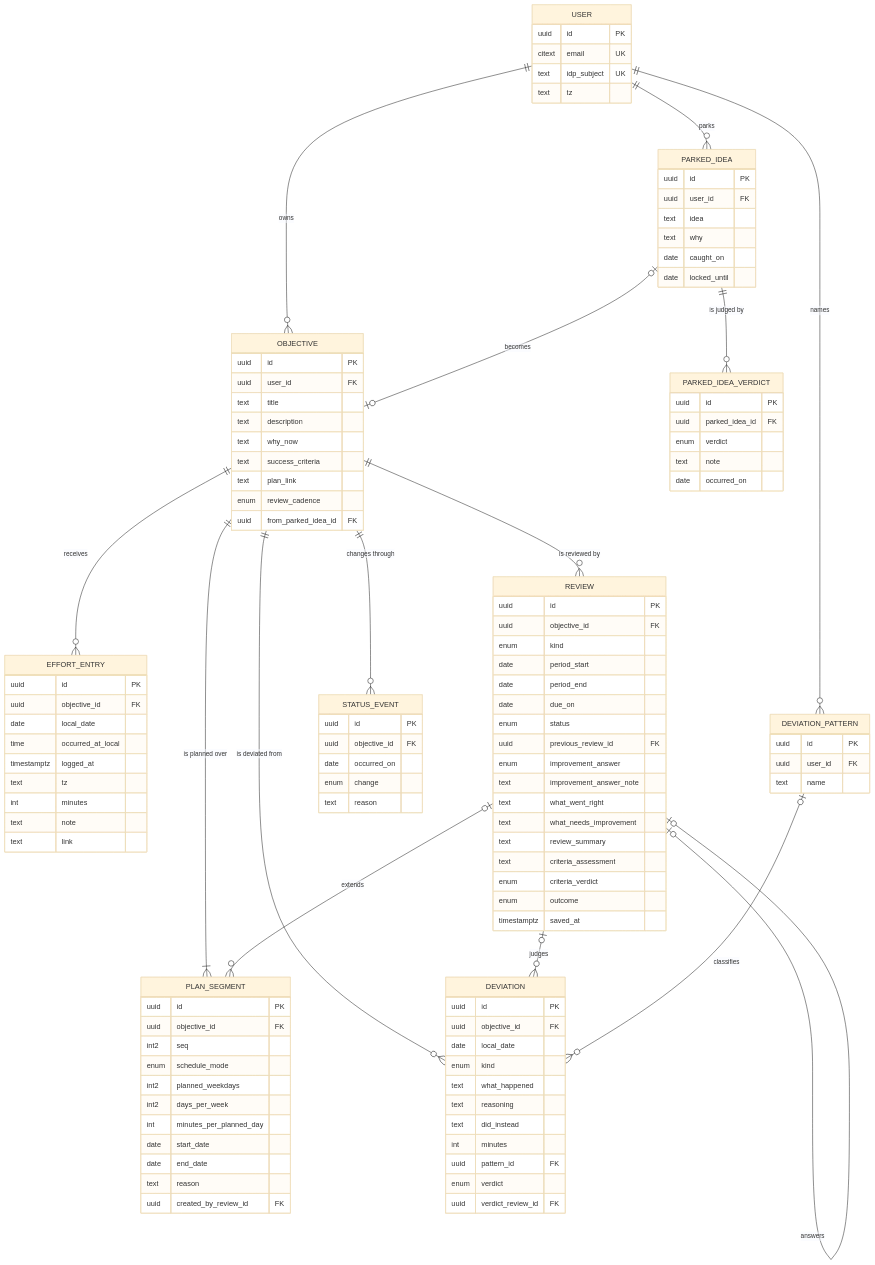
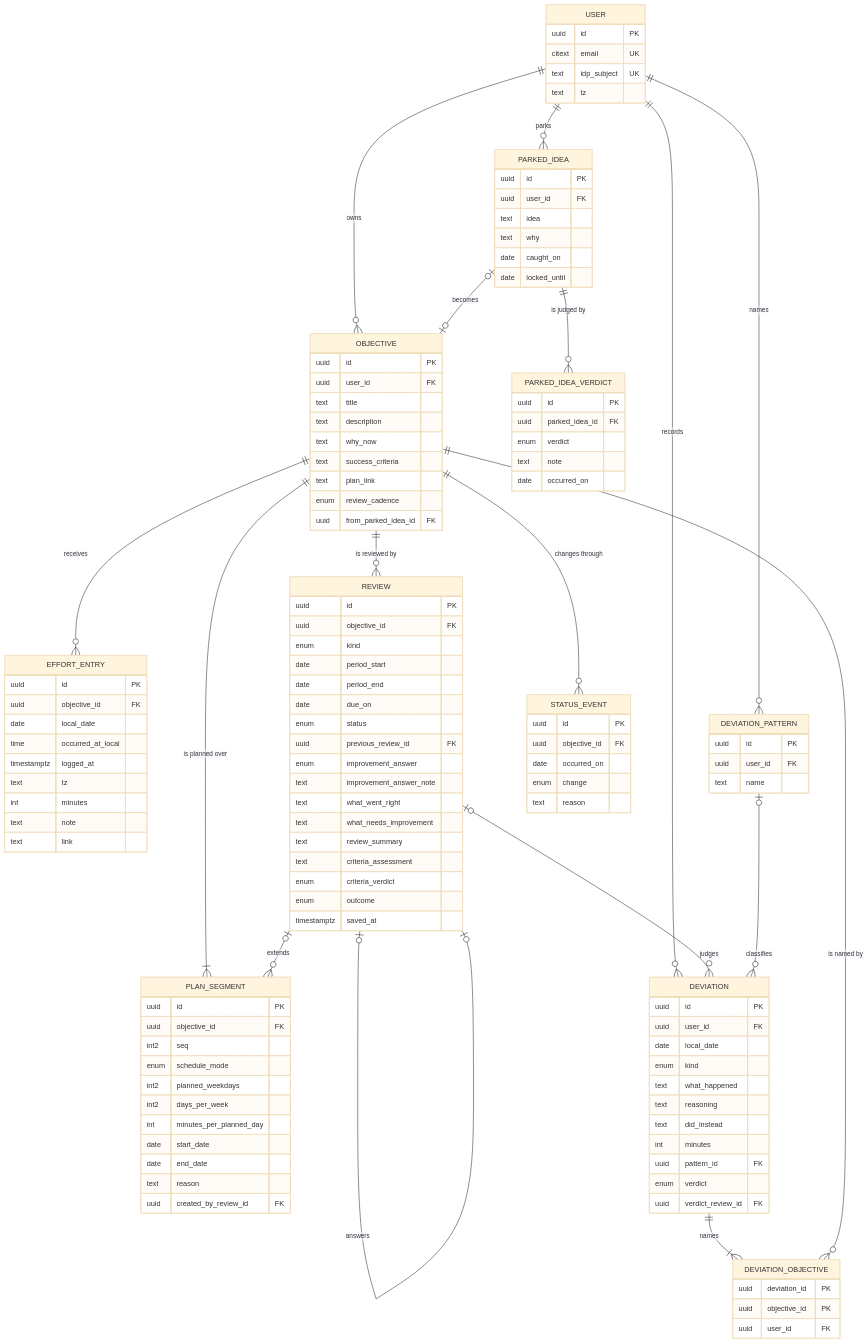
The second of 2 diagrams in docs/erd.md (rohit12242/keel), drawn with Mermaid (base theme) before and after one commit. The commit also changed other lines of this file and 3 other files, not shown here.

First line of the commit message:
docs: a deviation names the objectives it pulled you off — one or several

```diff
--- a/docs/erd.md
+++ b/docs/erd.md
@@ -148,7 +152,7 @@
     }
     DEVIATION {
         uuid id PK
-        uuid objective_id FK
+        uuid user_id FK
         date local_date
         enum kind
         text what_happened
@@ -158,6 +162,11 @@
         uuid pattern_id FK
         enum verdict
         uuid verdict_review_id FK
+    }
+    DEVIATION_OBJECTIVE {
+        uuid deviation_id PK
+        uuid objective_id PK
+        uuid user_id FK
     }
     DEVIATION_PATTERN {
         uuid id PK
@@ -187,7 +196,9 @@
         text reason
     }
     USER ||--o{ OBJECTIVE : owns
-    OBJECTIVE ||--o{ DEVIATION : "is deviated from"
+    USER ||--o{ DEVIATION : records
+    DEVIATION ||--|{ DEVIATION_OBJECTIVE : names
+    OBJECTIVE ||--o{ DEVIATION_OBJECTIVE : "is named by"
     USER ||--o{ PARKED_IDEA : parks
     USER ||--o{ DEVIATION_PATTERN : names
     OBJECTIVE ||--|{ PLAN_SEGMENT : "is planned over"
```
